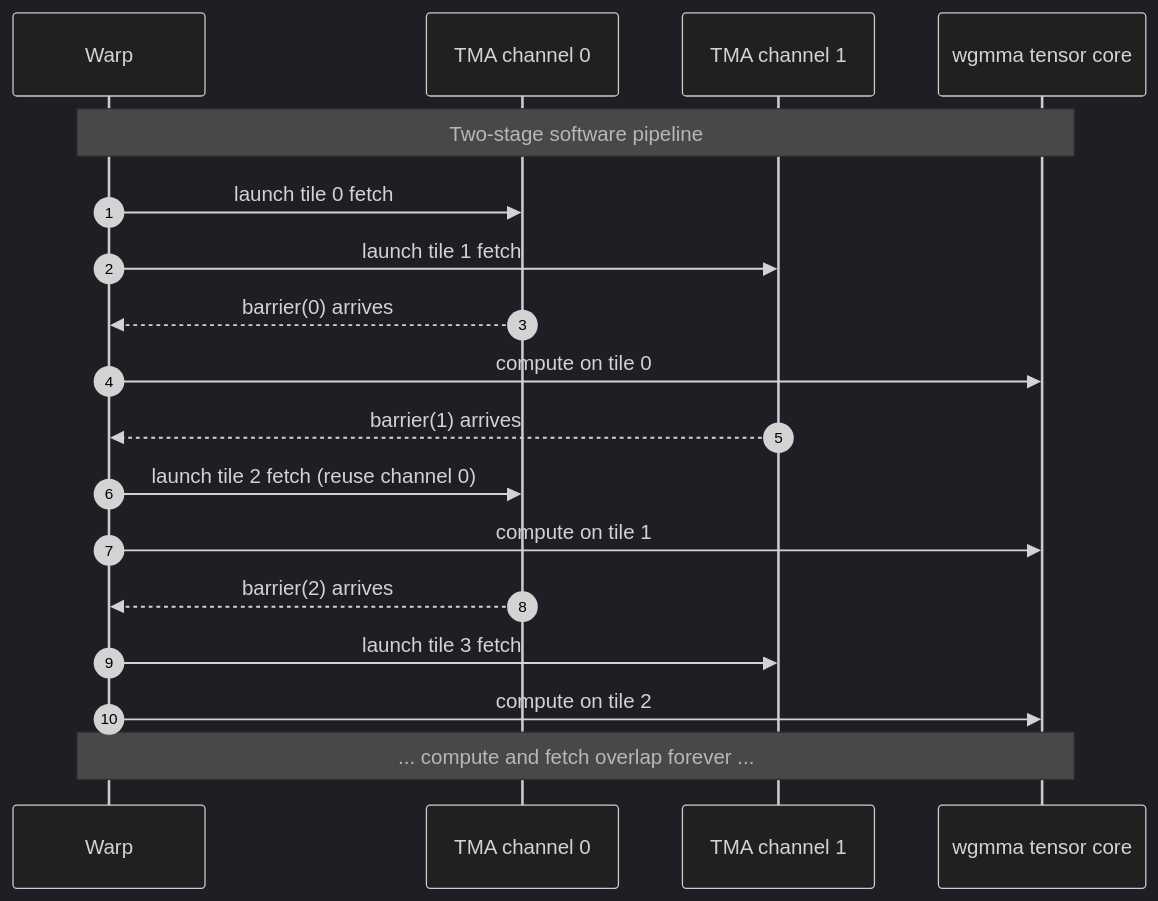
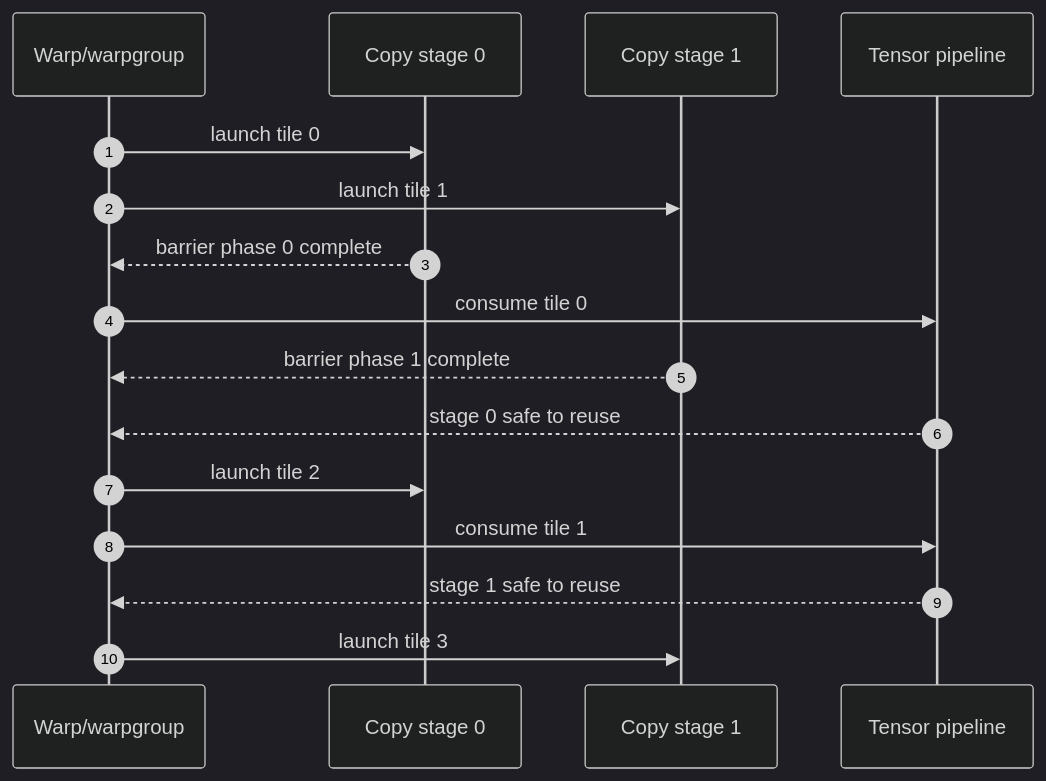
The seventh of 14 diagrams in L2_Digital_Design_for_AI/04_Digital_Design_For_AI.md (Wty2003328/ai_infra_intro), drawn with Mermaid (dark theme) before and after one commit. The commit also changed other lines of this file and 3 other files, not shown here.

````diff
--- a/L2_Digital_Design_for_AI/04_Digital_Design_For_AI.md
+++ b/L2_Digital_Design_for_AI/04_Digital_Design_For_AI.md
@@ -239,21 +425,18 @@
 ```mermaid
-%%{init: {"flowchart": {"defaultRenderer": "elk", "nodeSpacing": 60, "rankSpacing": 60, "htmlLabels": false}}}%%
 sequenceDiagram
     autonumber
-    participant Warp
-    participant TMA0 as TMA channel 0
-    participant TMA1 as TMA channel 1
-    participant MMA as wgmma tensor core
-    Note over Warp,MMA: Two-stage software pipeline
-    Warp->>TMA0: launch tile 0 fetch
-    Warp->>TMA1: launch tile 1 fetch
-    TMA0-->>Warp: barrier(0) arrives
-    Warp->>MMA: compute on tile 0
-    TMA1-->>Warp: barrier(1) arrives
-    Warp->>TMA0: launch tile 2 fetch (reuse channel 0)
-    Warp->>MMA: compute on tile 1
-    TMA0-->>Warp: barrier(2) arrives
-    Warp->>TMA1: launch tile 3 fetch
-    Warp->>MMA: compute on tile 2
-    Note over Warp,MMA: ... compute and fetch overlap forever ...
+    participant W as Warp/warpgroup
+    participant E0 as Copy stage 0
+    participant E1 as Copy stage 1
+    participant MMA as Tensor pipeline
+    W->>E0: launch tile 0
+    W->>E1: launch tile 1
+    E0-->>W: barrier phase 0 complete
+    W->>MMA: consume tile 0
+    E1-->>W: barrier phase 1 complete
+    MMA-->>W: stage 0 safe to reuse
+    W->>E0: launch tile 2
+    W->>MMA: consume tile 1
+    MMA-->>W: stage 1 safe to reuse
+    W->>E1: launch tile 3
 ```
````
